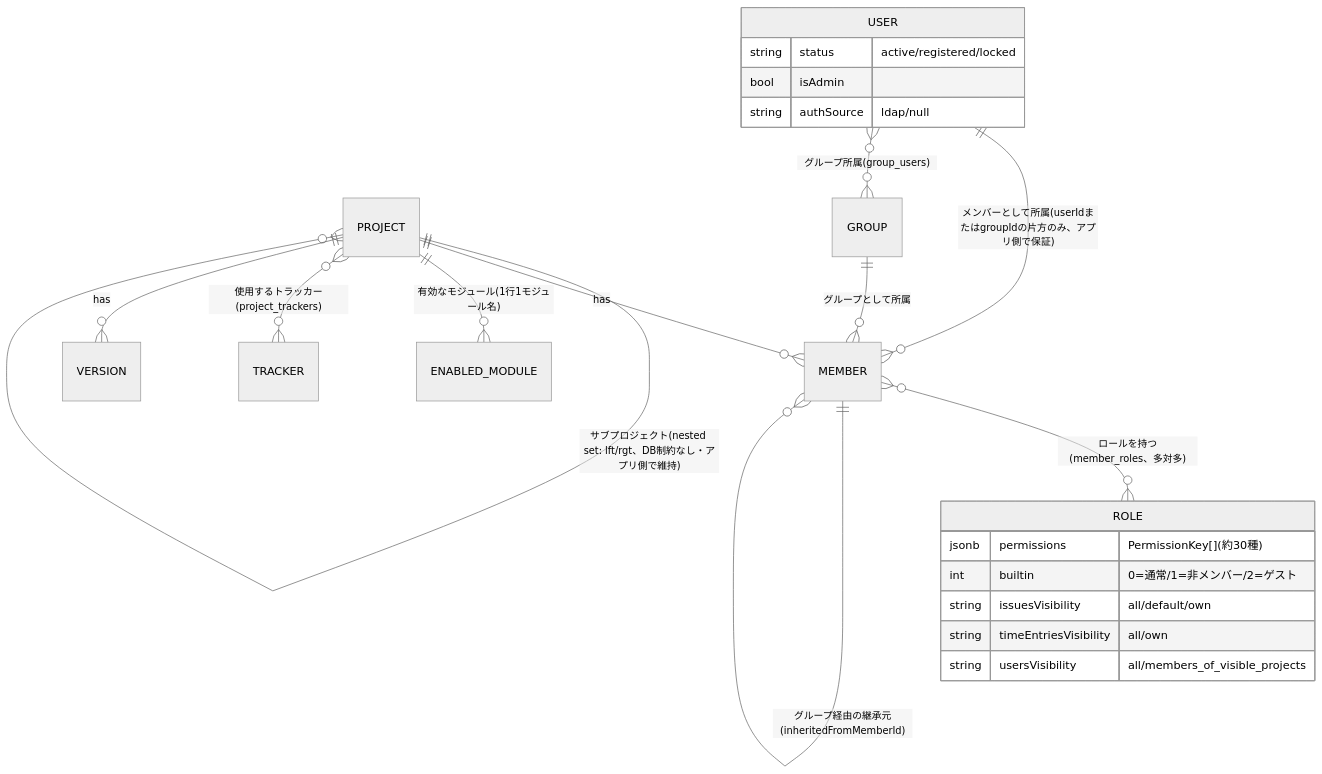
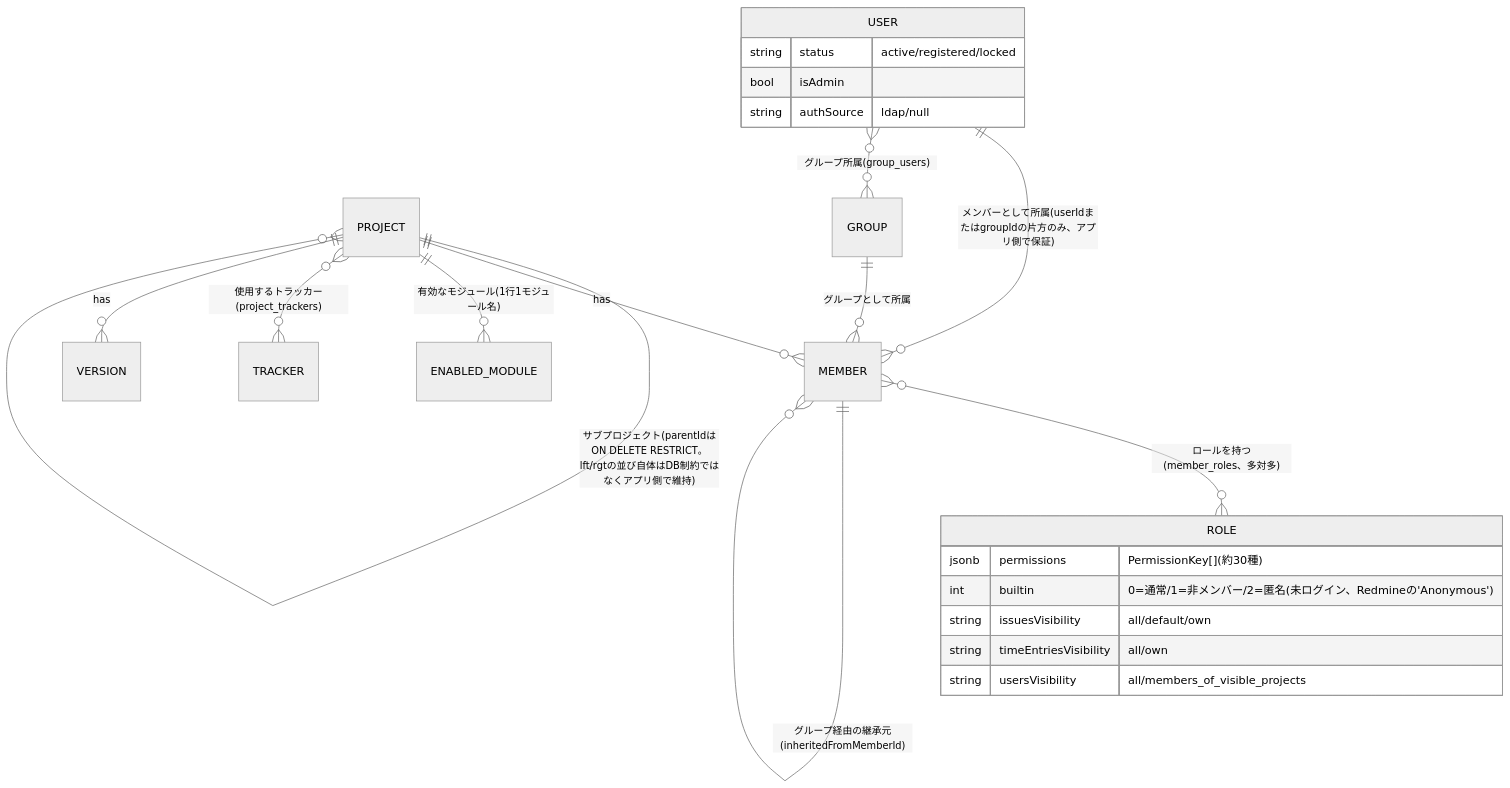
The first of 8 diagrams in docs/design/domain-model.md (ip-san/next-pm), drawn with Mermaid (neutral theme) before and after one commit. The commit also changed other lines of this file and 4 other files, not shown here.

First line of the commit message:
Fix review findings in architecture docs

````diff
--- a/docs/design/domain-model.md
+++ b/docs/design/domain-model.md
@@ -18,27 +15,27 @@
 ```mermaid
 erDiagram
-    PROJECT ||--o{ PROJECT : "サブプロジェクト(nested set: lft/rgt、DB制約なし・アプリ側で維持)"
+    PROJECT ||--o{ PROJECT : "サブプロジェクト(parentIdはON DELETE RESTRICT。<br/>lft/rgtの並び自体はDB制約ではなくアプリ側で維持)"
     PROJECT ||--o{ MEMBER : has
     PROJECT ||--o{ ENABLED_MODULE : "有効なモジュール(1行1モジュール名)"
     PROJECT }o--o{ TRACKER : "使用するトラッカー(project_trackers)"
     PROJECT ||--o{ VERSION : has
 
     USER ||--o{ MEMBER : "メンバーとして所属(userIdまたはgroupIdの片方のみ、アプリ側で保証)"
     GROUP ||--o{ MEMBER : "グループとして所属"
     USER }o--o{ GROUP : "グループ所属(group_users)"
     MEMBER }o--o{ ROLE : "ロールを持つ(member_roles、多対多)"
     MEMBER ||--o{ MEMBER : "グループ経由の継承元(inheritedFromMemberId)"
 
     ROLE {
         jsonb permissions "PermissionKey[](約30種)"
-        int builtin "0=通常/1=非メンバー/2=ゲスト"
+        int builtin "0=通常/1=非メンバー/2=匿名(未ログイン、Redmineの'Anonymous')"
         string issuesVisibility "all/default/own"
         string timeEntriesVisibility "all/own"
         string usersVisibility "all/members_of_visible_projects"
     }
     USER {
         string status "active/registered/locked"
         bool isAdmin
         string authSource "ldap/null"
     }
 ```
````
